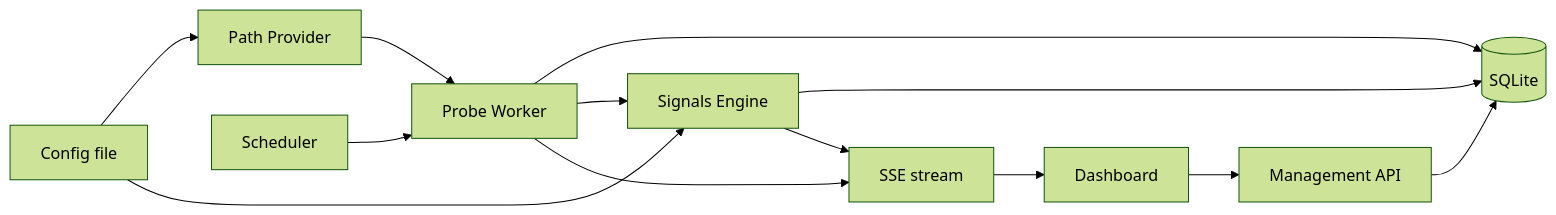
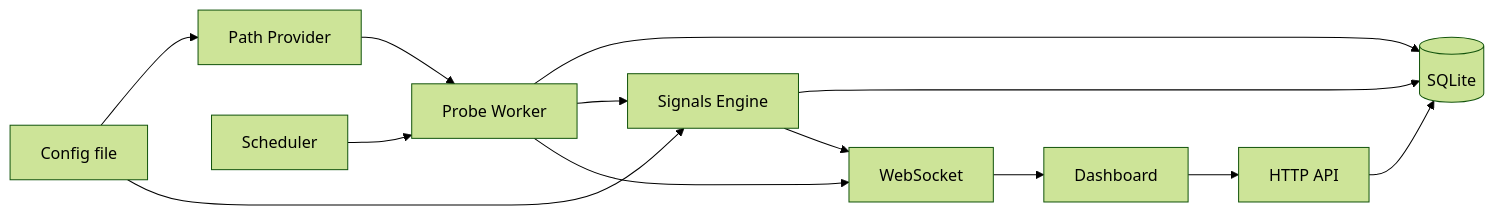
The diagram in ARCHITECTURE.md (vintagentleman/nerd-butthurt-alert), drawn with Mermaid (forest theme) before and after one commit. The commit also changed other lines of this file and 6 other files, not shown here.

````diff
--- a/ARCHITECTURE.md
+++ b/ARCHITECTURE.md
@@ -77,15 +77,15 @@
 ```mermaid
 flowchart LR
   cfg[Config file] --> paths[Path Provider]
   cfg --> signals[Signals Engine]
   sched[Scheduler] --> probe[Probe Worker]
   paths --> probe
   probe --> storage[(SQLite)]
   probe --> signals
   signals --> storage
-  probe --> sse[SSE stream]
-  signals --> sse
-  sse --> ui[Dashboard]
-  ui --> api[Management API]
+  probe --> ws[WebSocket]
+  signals --> ws
+  ws --> ui[Dashboard]
+  ui --> api[HTTP API]
   api --> storage
 ```
````
